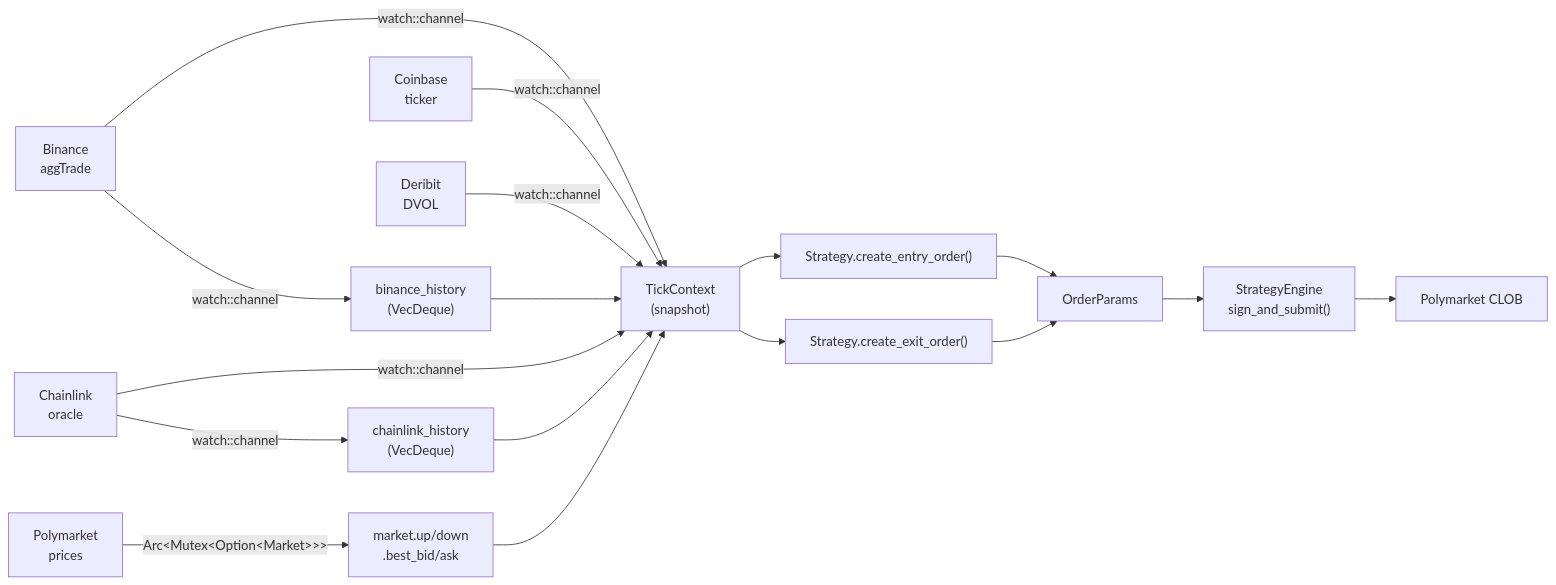
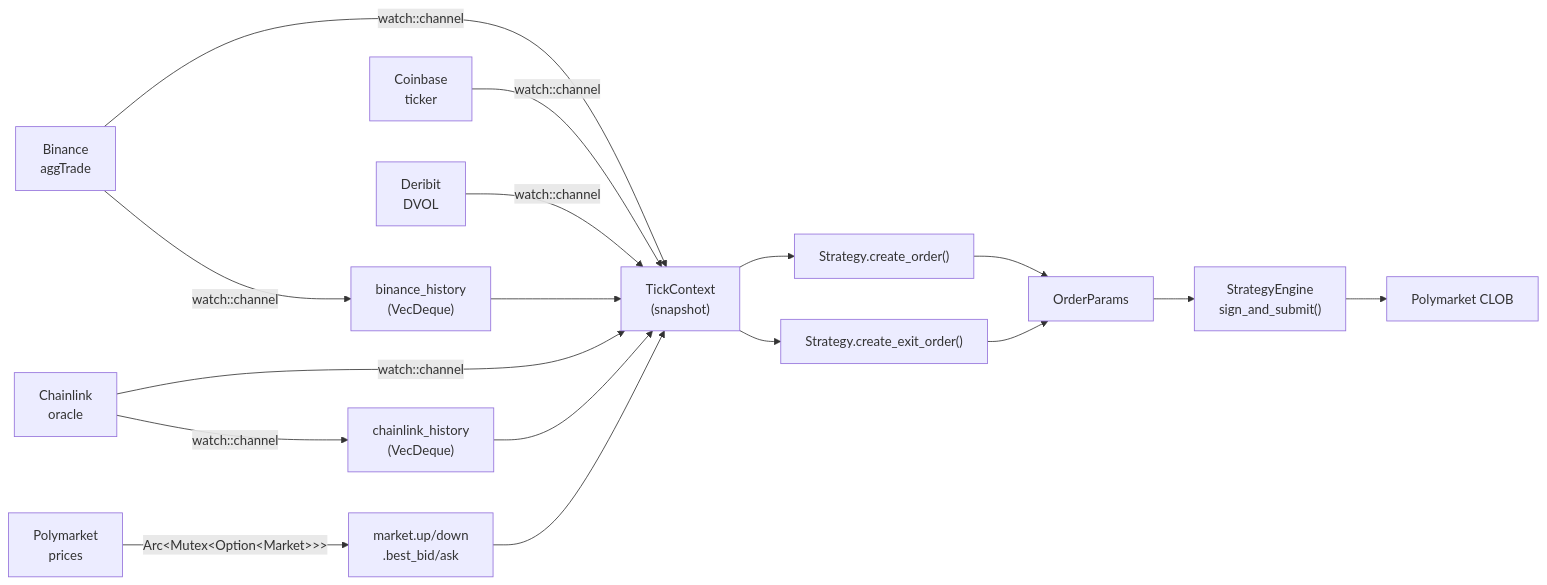
The third of 3 diagrams in docs/ARCHITECTURE.md (bbono/serekes), drawn with Mermaid before and after one commit. The commit also changed other lines of this file and 4 other files, not shown here.

First line of the commit message:
Rename create_entry_order/try_buy to create_order/try_order

````diff
--- a/docs/ARCHITECTURE.md
+++ b/docs/ARCHITECTURE.md
@@ -129,20 +129,20 @@
 ```mermaid
 flowchart LR
     BIN["Binance<br/>aggTrade"] -->|watch::channel| TC["TickContext<br/>(snapshot)"]
     BIN -->|watch::channel| BH["binance_history<br/>(VecDeque)"]
     CB["Coinbase<br/>ticker"] -->|watch::channel| TC
     DER["Deribit<br/>DVOL"] -->|watch::channel| TC
     CL["Chainlink<br/>oracle"] -->|watch::channel| TC
     CL -->|watch::channel| CH["chainlink_history<br/>(VecDeque)"]
     PM["Polymarket<br/>prices"] -->|"Arc&lt;Mutex&lt;Option&lt;Market&gt;&gt;&gt;"| MKT["market.up/down<br/>.best_bid/ask"]
 
     BH --> TC
     CH --> TC
     MKT --> TC
 
-    TC --> ENTRY["Strategy.create_entry_order()"]
+    TC --> ENTRY["Strategy.create_order()"]
     TC --> EXIT["Strategy.create_exit_order()"]
     ENTRY & EXIT --> OP["OrderParams"]
     OP --> SE["StrategyEngine<br/>sign_and_submit()"]
     SE --> CLOB["Polymarket CLOB"]
 ```
````
